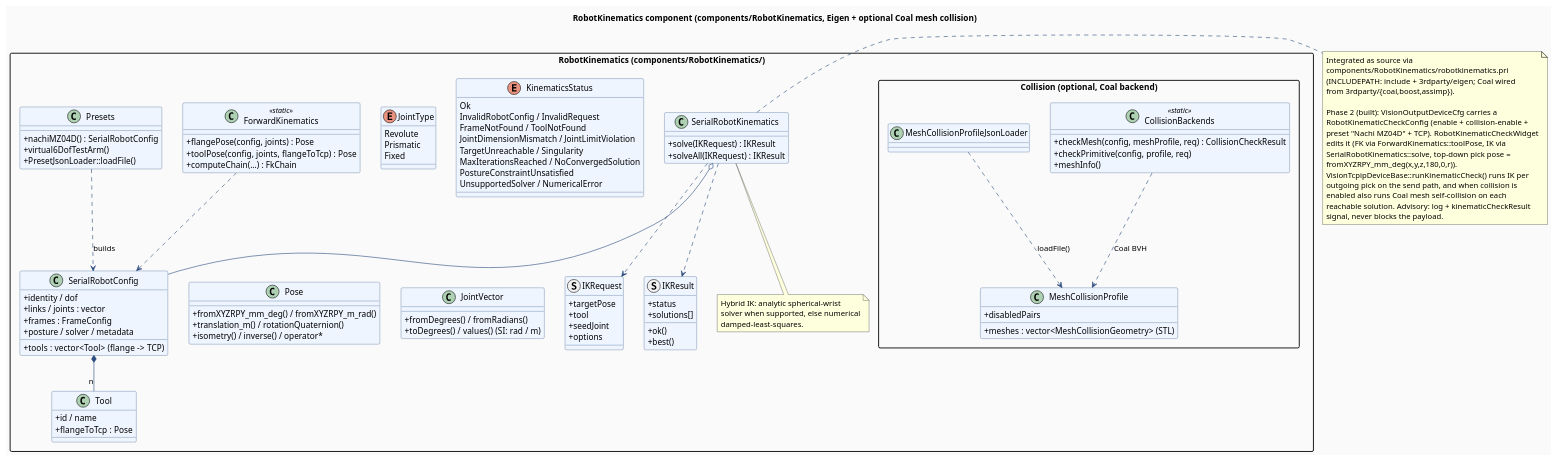
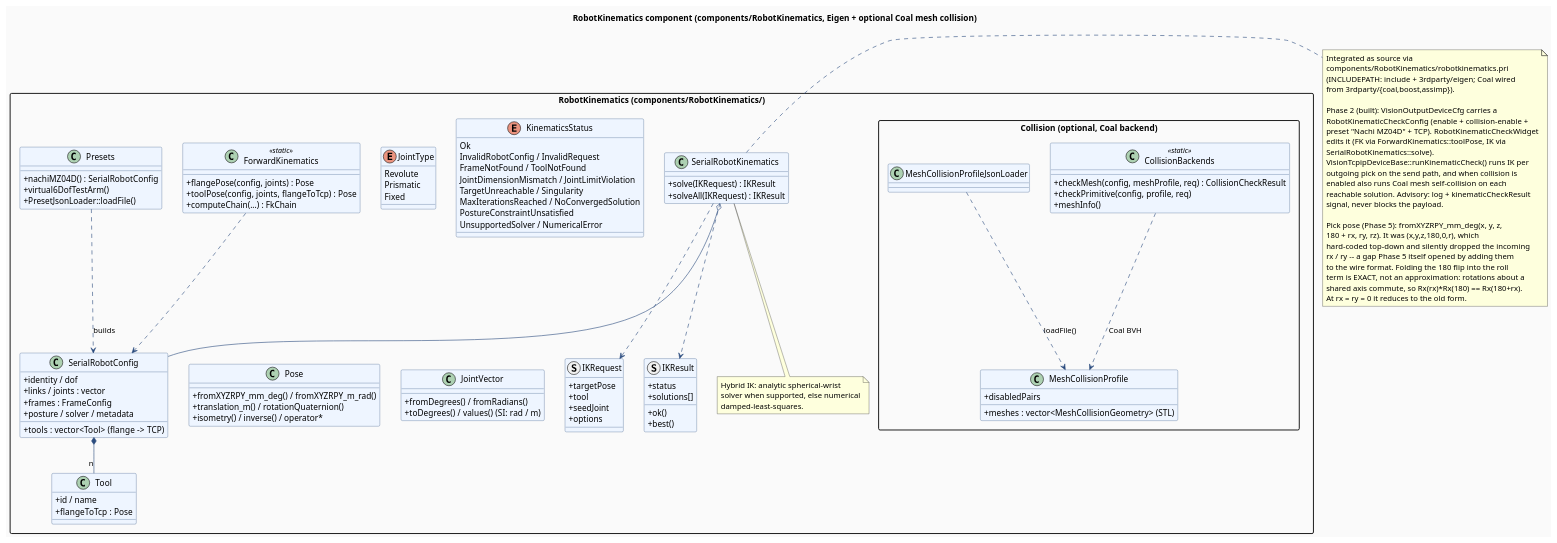
The diagram in uml/09_robot_kinematics.puml (gstorm-b/computer-vision-app), drawn with PlantUML before and after one commit. The commit also changed 6000 other files, not shown here.

```diff
--- a/uml/09_robot_kinematics.puml
+++ b/uml/09_robot_kinematics.puml
@@ -1,130 +1,138 @@
 @startuml robot_kinematics
 title RobotKinematics component (components/RobotKinematics, Eigen + optional Coal mesh collision)
 
 skinparam backgroundColor #FAFAFA
 skinparam shadowing false
 skinparam classAttributeIconSize 0
 skinparam packageStyle rectangle
 skinparam ArrowColor #2B4C7E
 skinparam ClassBorderColor #2B4C7E
 skinparam ClassBackgroundColor #EEF5FF
 
 package "RobotKinematics (components/RobotKinematics/)" {
 
   enum JointType {
     Revolute
     Prismatic
     Fixed
   }
 
   enum KinematicsStatus {
     Ok
     InvalidRobotConfig / InvalidRequest
     FrameNotFound / ToolNotFound
     JointDimensionMismatch / JointLimitViolation
     TargetUnreachable / Singularity
     MaxIterationsReached / NoConvergedSolution
     PostureConstraintUnsatisfied
     UnsupportedSolver / NumericalError
   }
 
   class Pose {
     +fromXYZRPY_mm_deg() / fromXYZRPY_m_rad()
     +translation_m() / rotationQuaternion()
     +isometry() / inverse() / operator*
   }
 
   class JointVector {
     +fromDegrees() / fromRadians()
     +toDegrees() / values()  (SI: rad / m)
   }
 
   class SerialRobotConfig {
     +identity / dof
     +links / joints : vector
     +frames : FrameConfig
     +tools : vector<Tool>  (flange -> TCP)
     +posture / solver / metadata
   }
   class Tool {
     +id / name
     +flangeToTcp : Pose
   }
   SerialRobotConfig *-- "n" Tool
 
   struct IKRequest {
     +targetPose
     +tool
     +seedJoint
     +options
   }
   struct IKResult {
     +status
     +solutions[]
     +ok()
     +best()
   }
 
   class ForwardKinematics <<static>> {
     +flangePose(config, joints) : Pose
     +toolPose(config, joints, flangeToTcp) : Pose
     +computeChain(...) : FkChain
   }
 
   class SerialRobotKinematics {
     +solve(IKRequest) : IKResult
     +solveAll(IKRequest) : IKResult
   }
   note bottom of SerialRobotKinematics
     Hybrid IK: analytic spherical-wrist
     solver when supported, else numerical
     damped-least-squares.
   end note
 
   class "Presets" as Presets {
     +nachiMZ04D() : SerialRobotConfig
     +virtual6DofTestArm()
     +PresetJsonLoader::loadFile()
   }
 
   package "Collision (optional, Coal backend)" {
     class MeshCollisionProfile {
       +meshes : vector<MeshCollisionGeometry>  (STL)
       +disabledPairs
     }
     class CollisionBackends <<static>> {
       +checkMesh(config, meshProfile, req) : CollisionCheckResult
       +checkPrimitive(config, profile, req)
       +meshInfo()
     }
     MeshCollisionProfileJsonLoader ..> MeshCollisionProfile : loadFile()
     CollisionBackends ..> MeshCollisionProfile : Coal BVH
   }
 
   Presets ..> SerialRobotConfig : builds
   SerialRobotKinematics o-- SerialRobotConfig
   ForwardKinematics ..> SerialRobotConfig
   SerialRobotKinematics ..> IKRequest
   SerialRobotKinematics ..> IKResult
 }
 
 note right of SerialRobotKinematics
   Integrated as source via
   components/RobotKinematics/robotkinematics.pri
   (INCLUDEPATH: include + 3rdparty/eigen; Coal wired
   from 3rdparty/{coal,boost,assimp}).
 
   Phase 2 (built): VisionOutputDeviceCfg carries a
   RobotKinematicCheckConfig (enable + collision-enable +
   preset "Nachi MZ04D" + TCP). RobotKinematicCheckWidget
   edits it (FK via ForwardKinematics::toolPose, IK via
-  SerialRobotKinematics::solve, top-down pick pose =
-  fromXYZRPY_mm_deg(x,y,z,180,0,r)).
+  SerialRobotKinematics::solve).
   VisionTcpipDeviceBase::runKinematicCheck() runs IK per
   outgoing pick on the send path, and when collision is
   enabled also runs Coal mesh self-collision on each
   reachable solution. Advisory: log + kinematicCheckResult
   signal, never blocks the payload.
+
+  Pick pose (Phase 5): fromXYZRPY_mm_deg(x, y, z,
+  180 + rx, ry, rz). It was (x,y,z,180,0,r), which
+  hard-coded top-down and silently dropped the incoming
+  rx / ry -- a gap Phase 5 itself opened by adding them
+  to the wire format. Folding the 180 flip into the roll
+  term is EXACT, not an approximation: rotations about a
+  shared axis commute, so Rx(rx)*Rx(180) == Rx(180+rx).
+  At rx = ry = 0 it reduces to the old form.
 end note
 
 @enduml
```
